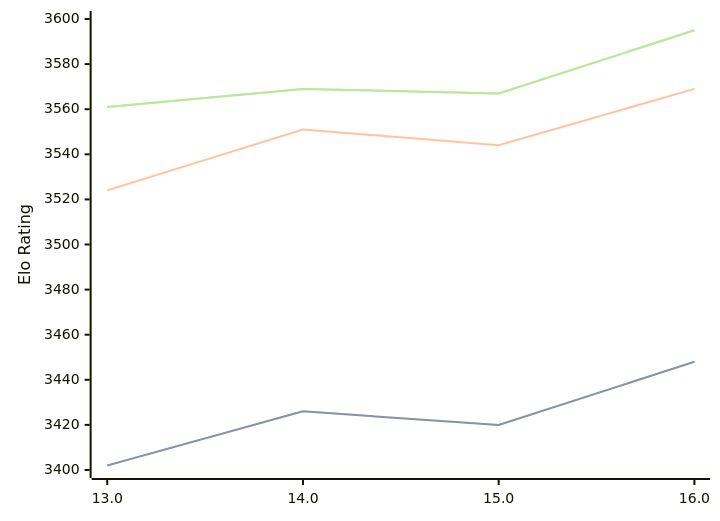
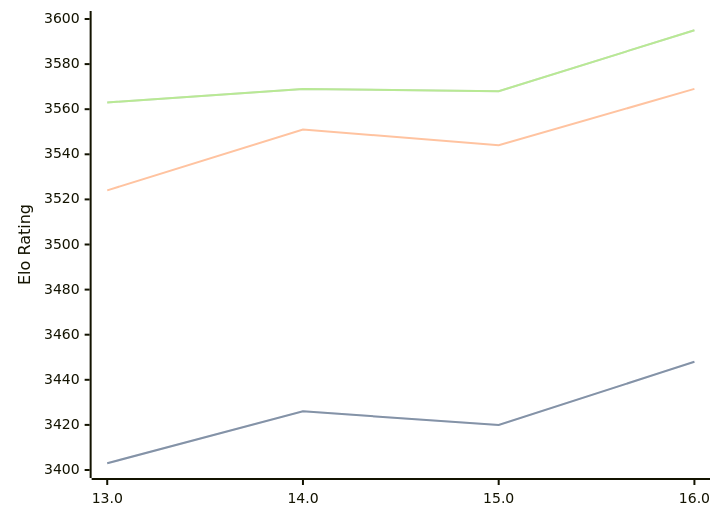
Before and after one commit to computer-chess-index/cci: the diagram in engines/Obsidian.md, drawn with Mermaid. The commit also changed other lines of this file, not shown here.

Commit message:
Update CCI Ratings (ELO VLTC) - 2026-10-08

````diff
--- a/engines/Obsidian.md
+++ b/engines/Obsidian.md
@@ -34,11 +34,11 @@
 ```mermaid
 %%{init: {"theme":"base","themeVariables":{"seriesColors:['#a3a3a3','#222221','#faa371']}}}%%
 xychart-beta
   x-axis ["13.0", "14.0", "15.0", "16.0"]
   y-axis "Elo Rating" 3400 --> 3600
-  line "" [3402, 3426, 3420, 3448]
-  line "STC (8.0+0.08s)" [3402, 3426, 3420, 3448]
+  line "" [3403, 3426, 3420, 3448]
+  line "STC (8.0+0.08s)" [3403, 3426, 3420, 3448]
   line "LTC (60.0+0.60s)" [3524, 3551, 3544, 3569]
-  line "" [3561, 3569, 3567, 3595]
-  line "VLTC (2m24s+1.12s)" [3561, 3569, 3567, 3595]
+  line "" [3563, 3569, 3568, 3595]
+  line "VLTC (2m24s+1.12s)" [3563, 3569, 3568, 3595]
 ```
````
